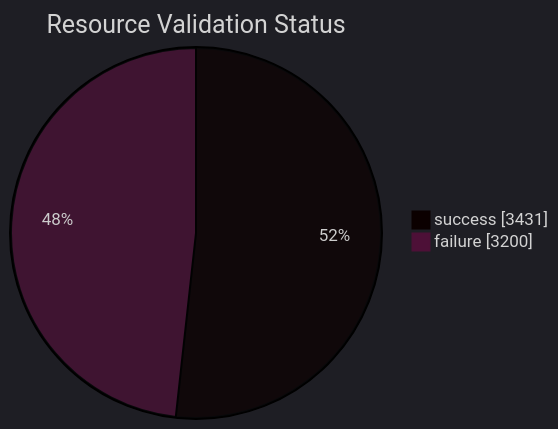
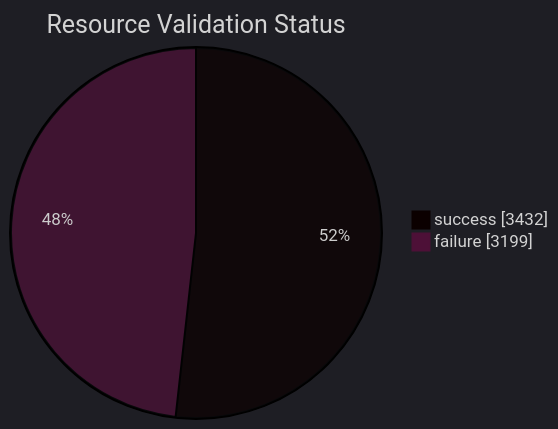
Before and after one commit to open-data/analytics-corporate-reporting: the diagram in datastore_tracker/resource_validation_status_pie_chart.md, drawn with Mermaid. The commit also changed 9 other files, not shown here.

````diff
--- a/datastore_tracker/resource_validation_status_pie_chart.md
+++ b/datastore_tracker/resource_validation_status_pie_chart.md
@@ -2,9 +2,9 @@
 ```mermaid
 ---
 config:
   theme: dark
 ---
 pie showData title Resource Validation Status
-    "success": 3431
-    "failure": 3200
+    "success": 3432
+    "failure": 3199
 ```
````
